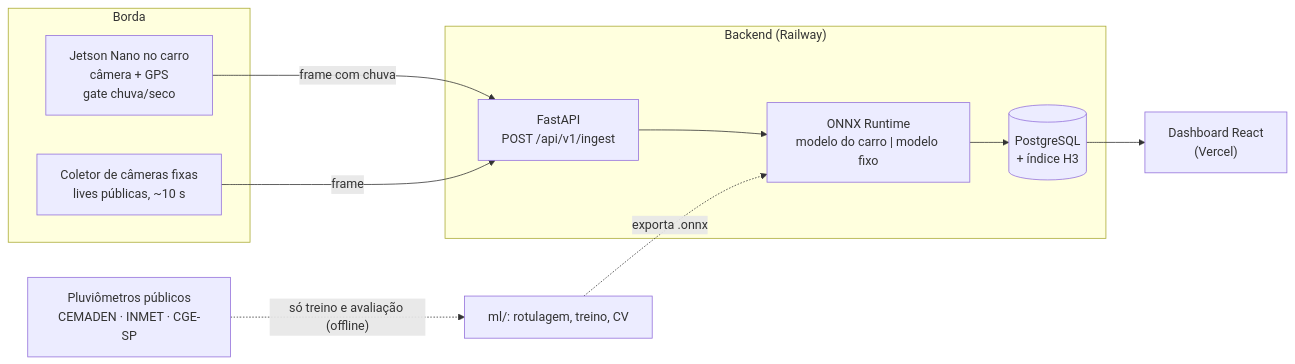
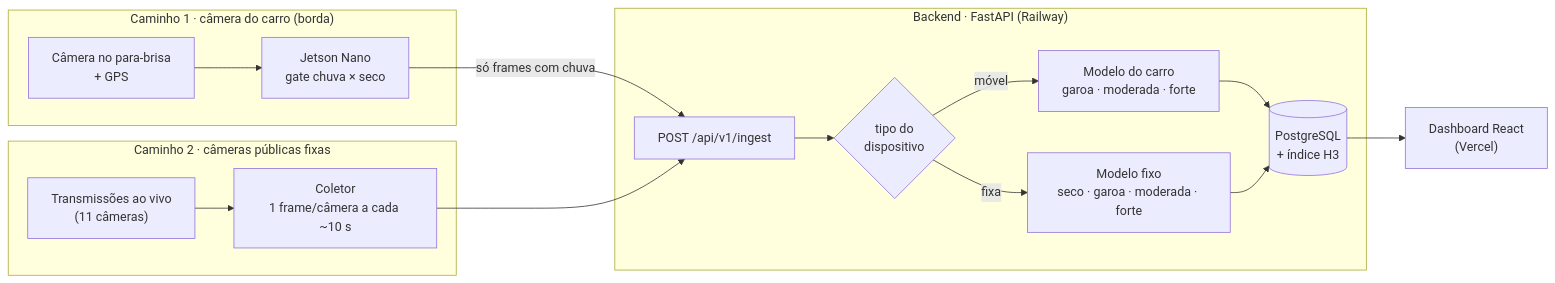
One commit to Rodrigomt21/CityRain changed the diagram in README.md. Above: the diagram before and after it, drawn with Mermaid. The commit also changed other lines of this file, not shown here.

Commit message:
docs(readme): arquitetura em dois caminhos (carro na borda, câmeras públicas via coletor) e tabela de treino por modelo

````diff
--- a/README.md
+++ b/README.md
@@ -38,21 +40,19 @@
 ```mermaid
 flowchart LR
-    subgraph Borda
-        J["Jetson Nano no carro<br/>câmera + GPS<br/>gate chuva/seco"]
-        C["Coletor de câmeras fixas<br/>lives públicas, ~10 s"]
+    subgraph Carro["Caminho 1 · câmera do carro (borda)"]
+        CAM["Câmera no para-brisa<br/>+ GPS"] --> GATE["Jetson Nano<br/>gate chuva × seco"]
     end
-    subgraph Backend["Backend (Railway)"]
-        API["FastAPI<br/>POST /api/v1/ingest"]
-        M["ONNX Runtime<br/>modelo do carro | modelo fixo"]
-        DB[("PostgreSQL<br/>+ índice H3")]
+    subgraph Publicas["Caminho 2 · câmeras públicas fixas"]
+        LIVE["Transmissões ao vivo<br/>(11 câmeras)"] --> COL["Coletor<br/>1 frame/câmera a cada ~10 s"]
     end
-    F["Dashboard React<br/>(Vercel)"]
-    E["Pluviômetros públicos<br/>CEMADEN · INMET · CGE-SP"]
-
-    J -- "frame com chuva" --> API
-    C -- "frame" --> API
-    API --> M --> DB
-    DB --> F
-    E -. "só treino e avaliação (offline)" .-> T["ml/: rotulagem, treino, CV"]
-    T -. "exporta .onnx" .-> M
+    subgraph Backend["Backend · FastAPI (Railway)"]
+        ING["POST /api/v1/ingest"] --> R{"tipo do<br/>dispositivo"}
+        R -- móvel --> MM["Modelo do carro<br/>garoa · moderada · forte"]
+        R -- fixa --> MF["Modelo fixo<br/>seco · garoa · moderada · forte"]
+        MM --> DB[("PostgreSQL<br/>+ índice H3")]
+        MF --> DB
+    end
+    GATE -- "só frames com chuva" --> ING
+    COL --> ING
+    DB --> UI["Dashboard React<br/>(Vercel)"]
 ```
````
